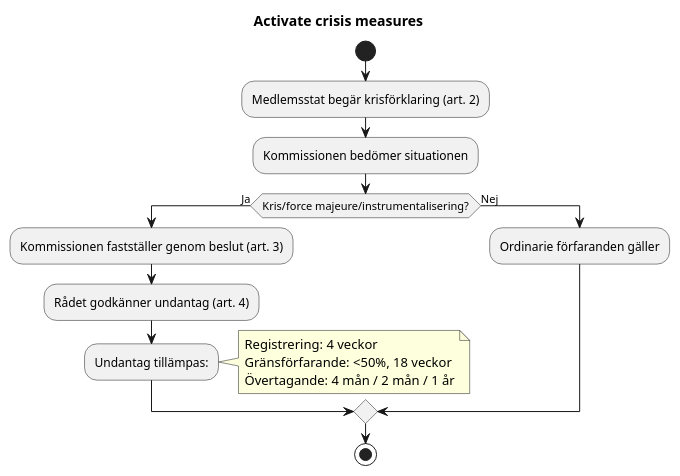
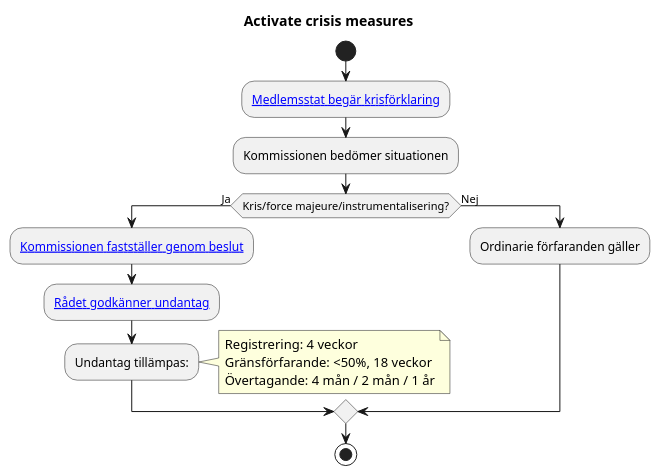
Before and after one commit to chrhe894/migration_pact: the diagram in domains/crisis/diagrams/activate-crisis-measures.pu, drawn with PlantUML. The commit also changed 18 other files, not shown here.

Commit message:
Better links in diagrams

```diff
--- a/domains/crisis/diagrams/activate-crisis-measures.pu
+++ b/domains/crisis/diagrams/activate-crisis-measures.pu
@@ -11,33 +11,33 @@
 @startuml activate-crisis-measures
 
 title Activate crisis measures
 
 start
 
-:Medlemsstat begär krisförklaring (art. 2);
+:[[../articles/crisis-002.md Medlemsstat begär krisförklaring]];
 
 :Kommissionen bedömer situationen;
 
 if (Kris/force majeure/instrumentalisering?) then (Ja)
 
-    :Kommissionen fastställer genom beslut (art. 3);
+    :[[../articles/crisis-003.md Kommissionen fastställer genom beslut]];
 
-    :Rådet godkänner undantag (art. 4);
+    :[[../articles/crisis-004.md Rådet godkänner undantag]];
 
     :Undantag tillämpas:;
 
     note right
       Registrering: 4 veckor
       Gränsförfarande: <50%, 18 veckor
       Övertagande: 4 mån / 2 mån / 1 år
     end note
 
 else (Nej)
 
     :Ordinarie förfaranden gäller;
 
 endif
 
 stop
 
 @enduml
```
